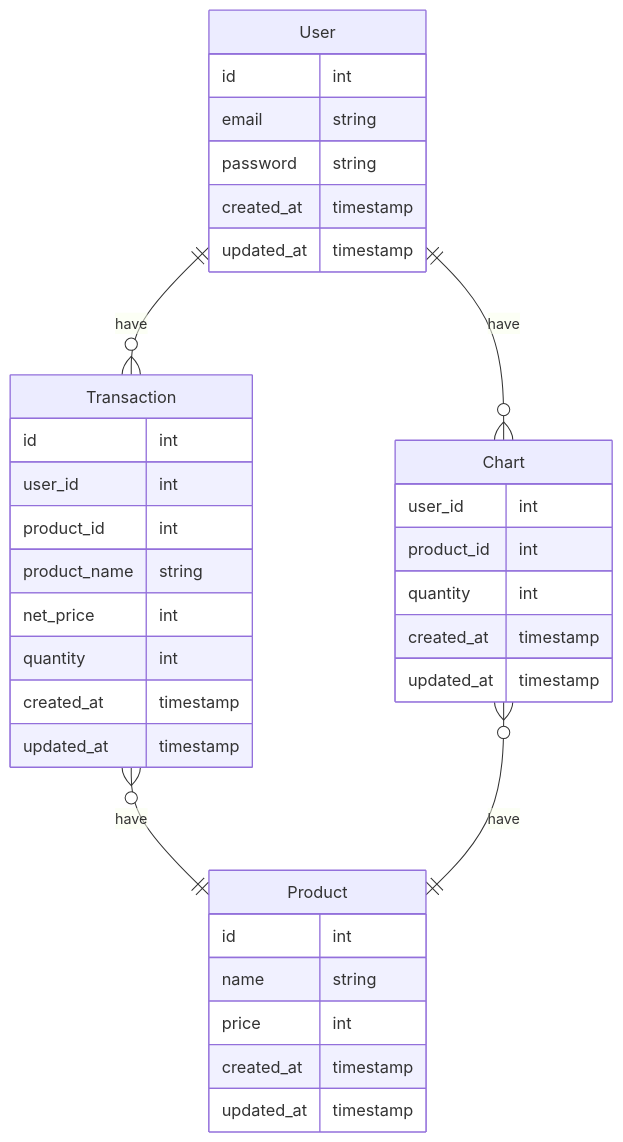
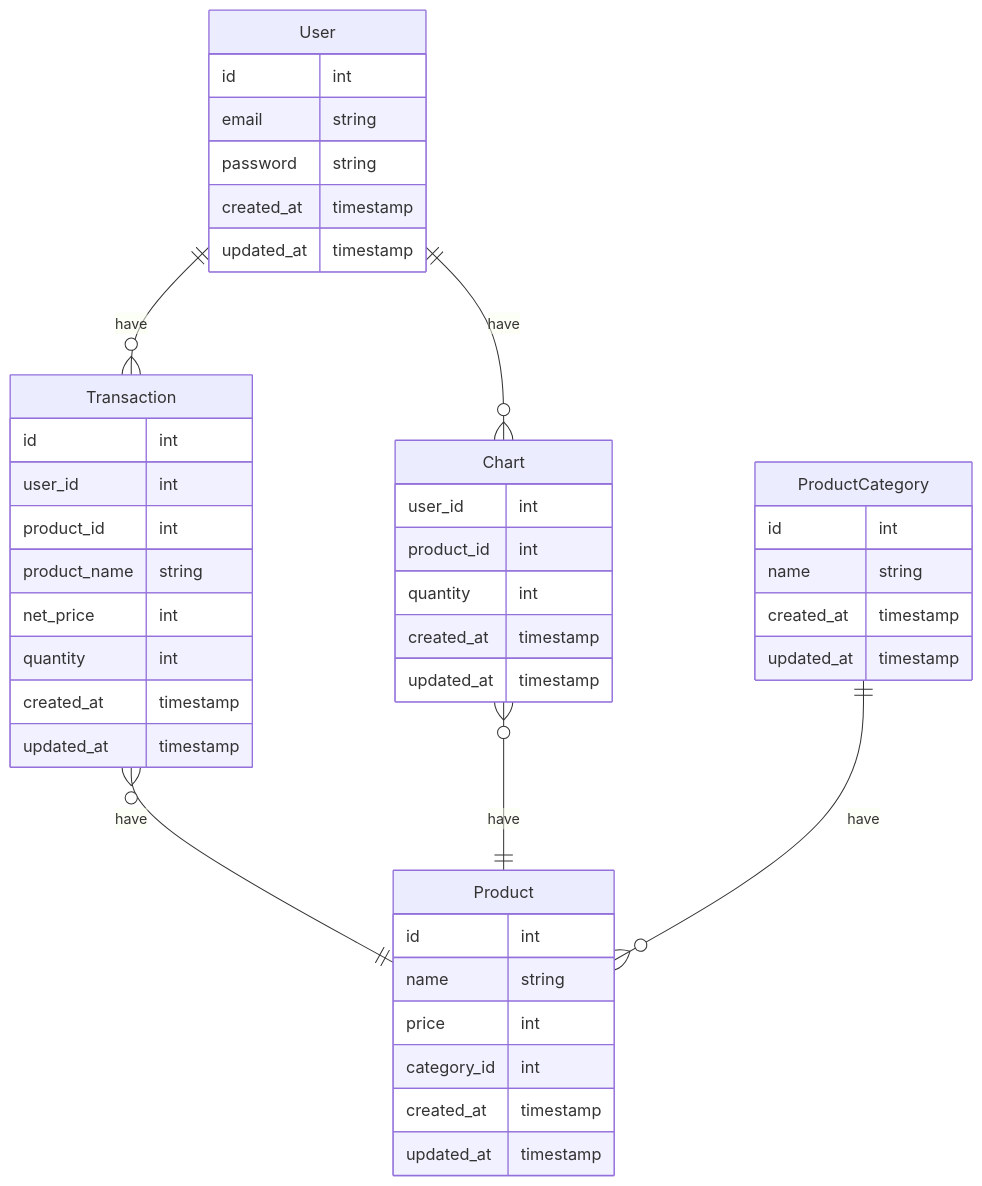
The diagram in README.md (sayyid-haidar/synapsis-backend-challenge), drawn with Mermaid before and after one commit. The commit also changed other lines of this file and 22 other files, not shown here.

````diff
--- a/README.md
+++ b/README.md
@@ -37,42 +37,51 @@
 ```mermaid
 erDiagram
     User {
         id int
         email string
         password string
         created_at timestamp
         updated_at timestamp
     }
 
+    ProductCategory {
+        id int
+        name string
+        created_at timestamp
+        updated_at timestamp
+    }
+
     Product {
         id int
         name string
         price int
+        category_id int
         created_at timestamp
         updated_at timestamp
     }
 
     Chart {
         user_id int
         product_id int
         quantity int
         created_at timestamp
         updated_at timestamp
     }
 
     Transaction {
         id int
         user_id int
         product_id int
         product_name string
         net_price int
         quantity int
         created_at timestamp
         updated_at timestamp
     }
 
     User ||--o{ Chart : have 
     User ||--o{ Transaction : have 
     Transaction }o--|| Product : have 
     Chart }o--|| Product : have 
+    ProductCategory ||--o{ Product : have 
 ```
````
